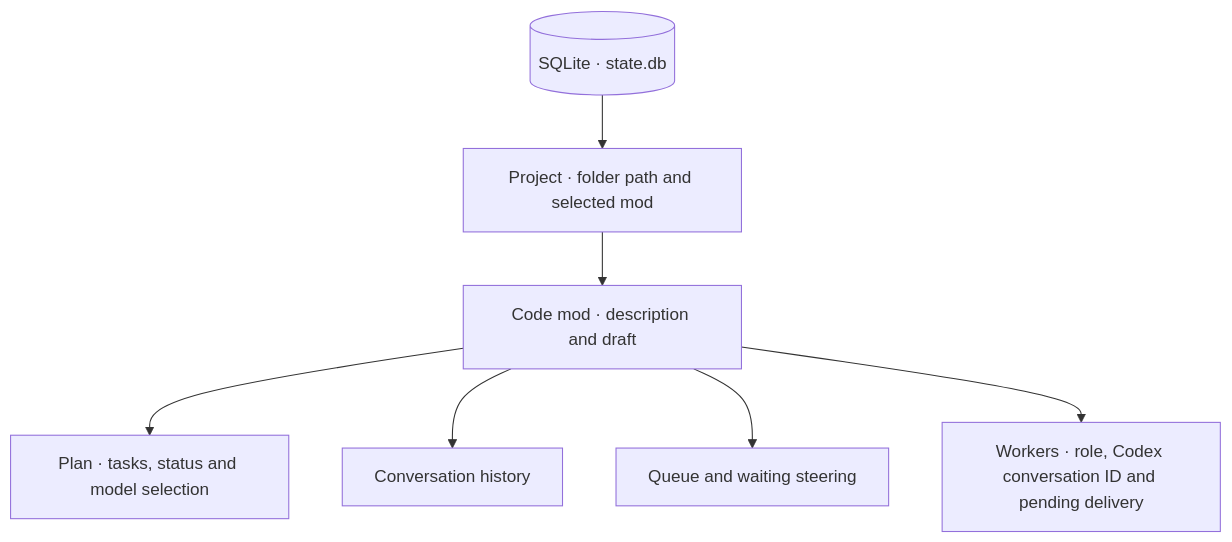
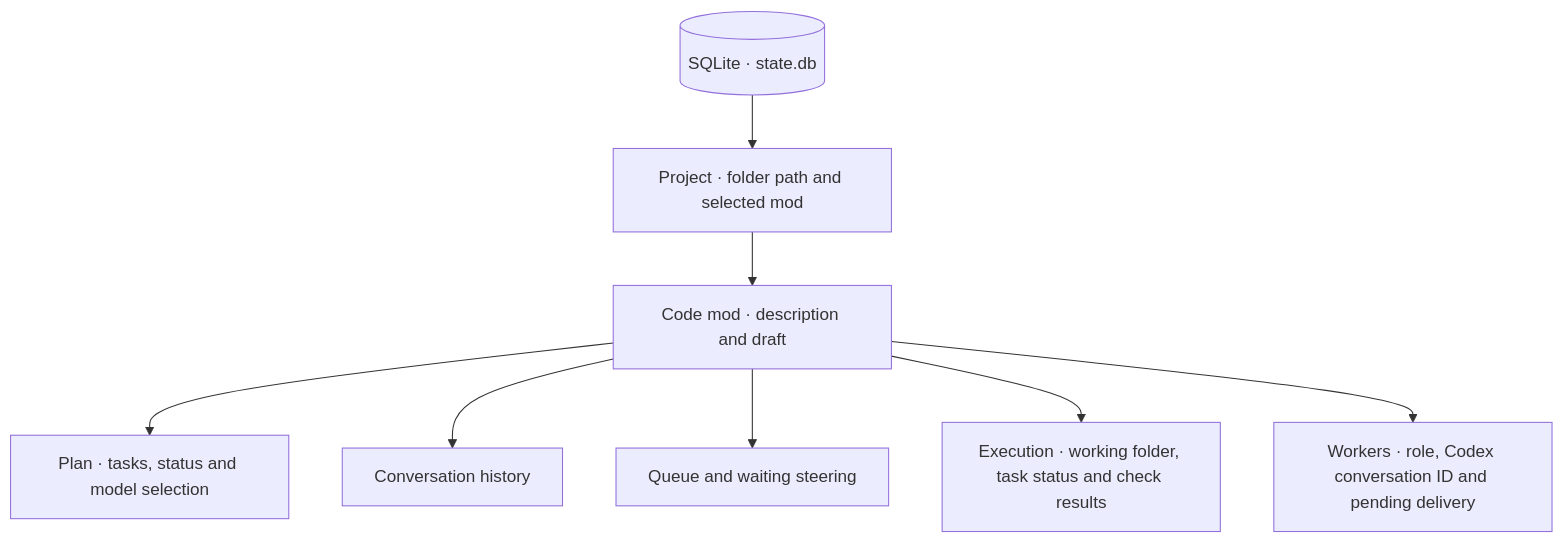
One commit to minimumeffort-dev/sprowt.harness changed the diagram in docs/local-state.md. Above: the diagram before and after it, drawn with Mermaid. The commit also changed other lines of this file and 15 other files, not shown here.

Commit message:
Execute code mod plans in sandboxed working folders

````diff
--- a/docs/local-state.md
+++ b/docs/local-state.md
@@ -5,9 +5,10 @@
 ```mermaid
 flowchart TB
     database[("SQLite · state.db")] --> project["Project · folder path and selected mod"]
     project --> mod["Code mod · description and draft"]
     mod --> plan["Plan · tasks, status and model selection"]
     mod --> messages["Conversation history"]
     mod --> pending["Queue and waiting steering"]
+    mod --> execution["Execution · working folder, task status and check results"]
     mod --> workers["Workers · role, Codex conversation ID and pending delivery"]
 ```
````
